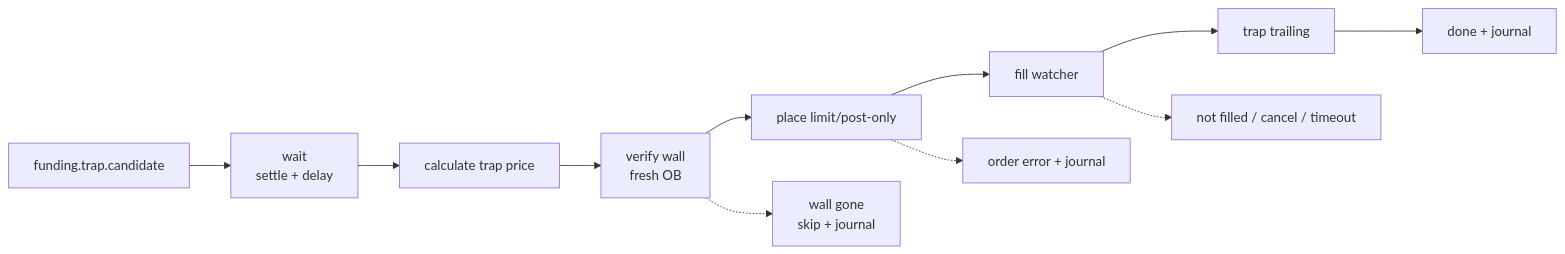
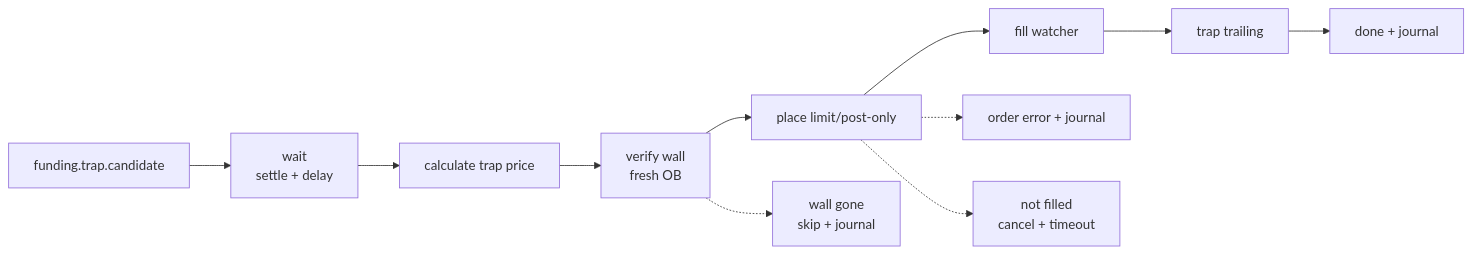
One commit to dangnmh/crypto-bot changed the diagram in docs/business/funding/trap_flow.md. Above: the diagram before and after it, drawn with Mermaid. The commit also changed other lines of this file and 7 other files, not shown here.

````diff
--- a/docs/business/funding/trap_flow.md
+++ b/docs/business/funding/trap_flow.md
@@ -20,13 +20,13 @@
 ```mermaid
 flowchart LR
     C["funding.trap.candidate"] --> DELAY["wait<br/>settle + delay"]
     DELAY --> PRICE["calculate trap price"]
     PRICE --> VERIFY["verify wall<br/>fresh OB"]
     VERIFY --> ORDER["place limit/post-only"]
     ORDER --> FILL["fill watcher"]
     FILL --> TRAIL["trap trailing"]
     TRAIL --> DONE["done + journal"]
     VERIFY -.-> SKIP["wall gone<br/>skip + journal"]
     ORDER -.-> ABORT["order error + journal"]
-    FILL -.-> EXPIRE["not filled / cancel / timeout"]
+    ORDER -.-> EXPIRE["not filled<br/>cancel + timeout"]
 ```
````
